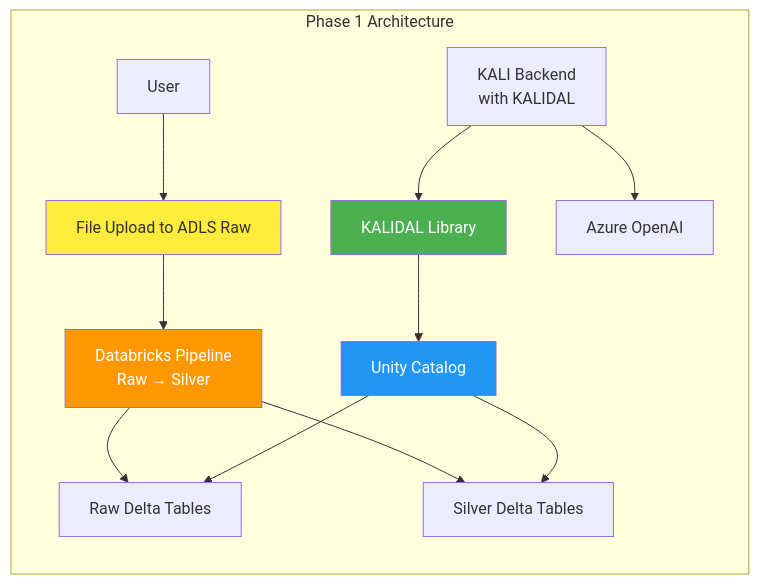
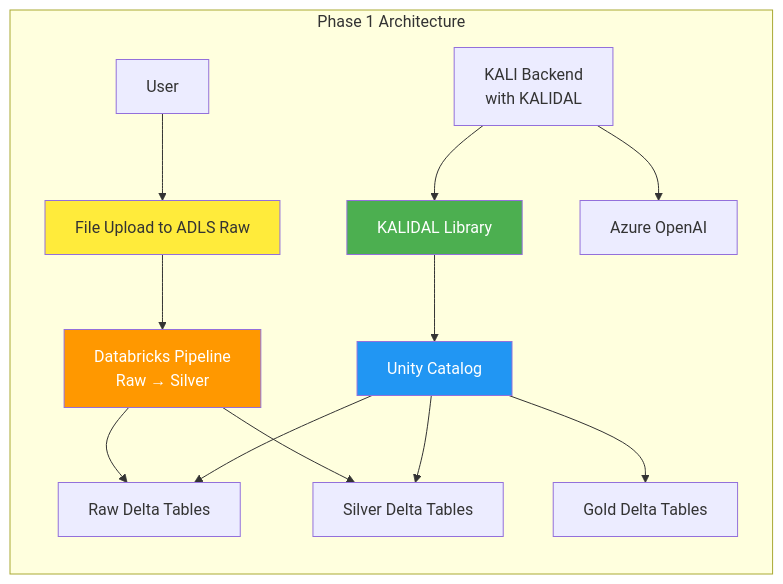
Before and after one commit to digitranslab/dblock: the third of 7 diagrams in architecture.md, drawn with Mermaid. The commit also changed other lines of this file, not shown here.

````diff
--- a/architecture.md
+++ b/architecture.md
@@ -126,19 +126,22 @@
 ```mermaid
 flowchart LR
     subgraph "Phase 1 Architecture"
         User[User] --> Upload[File Upload to ADLS Raw]
         Upload --> Pipeline[Databricks Pipeline<br/>Raw → Silver]
         Pipeline --> Raw[Raw Delta Tables]
         Pipeline --> Silver[Silver Delta Tables]
+
         Backend[KALI Backend<br/>with KALIDAL] --> KALIDAL[KALIDAL Library]
         KALIDAL --> Unity[Unity Catalog]
         Unity --> Raw
         Unity --> Silver
+      Unity --> Gold[Gold Delta Tables]
+
         Backend --> OpenAI[Azure OpenAI]
     end
     
     style Upload fill:#ffeb3b
     style Pipeline fill:#ff9800,color:#fff
     style KALIDAL fill:#4caf50,color:#fff
     style Unity fill:#2196f3,color:#fff
 ```
````
